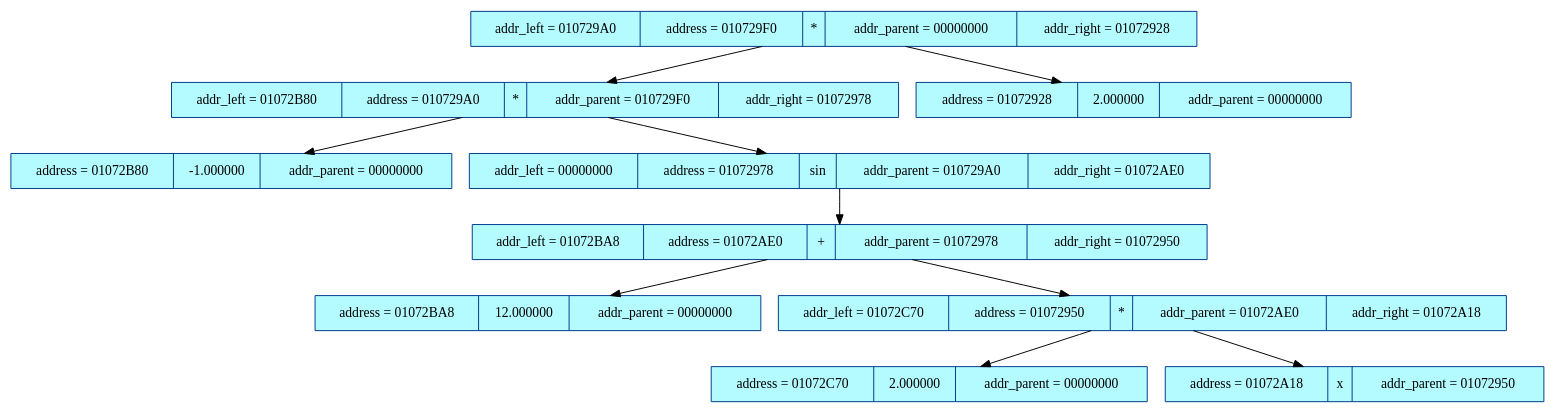
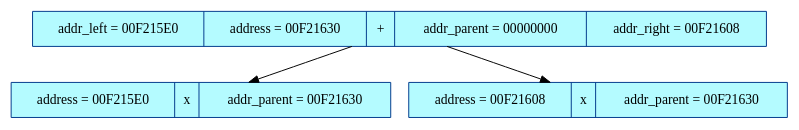
One commit to Dariazeml1007/Diff changed the diagram in dump.dot. Above: the diagram before and after it, drawn with Graphviz. The commit also changed 14 other files, not shown here.

```diff
--- a/dump.dot
+++ b/dump.dot
@@ -1,26 +1,12 @@
 digraph structs
 {
 	rankdir=HR;
 	node[color= "#003A8C",style="filled", fillcolor="#B4FBFF", fontsize=14];
 	edge[color="black", weight = 9,fontsize=14];
-	el_010729F0 [shape=record, label= "addr_left = 010729A0 | address = 010729F0|*| addr_parent = 00000000 | addr_right = 01072928"];
-	el_010729A0 [shape=record, label= "addr_left = 01072B80 | address = 010729A0|*| addr_parent = 010729F0 | addr_right = 01072978"];
-	el_01072B80 [shape=record, label= "address = 01072B80|-1.000000| addr_parent = 00000000"];
-	el_01072978 [shape=record, label= "addr_left = 00000000 | address = 01072978|sin| addr_parent = 010729A0 | addr_right = 01072AE0"];
-	el_01072AE0 [shape=record, label= "addr_left = 01072BA8 | address = 01072AE0|+| addr_parent = 01072978 | addr_right = 01072950"];
-	el_01072BA8 [shape=record, label= "address = 01072BA8|12.000000| addr_parent = 00000000"];
-	el_01072950 [shape=record, label= "addr_left = 01072C70 | address = 01072950|*| addr_parent = 01072AE0 | addr_right = 01072A18"];
-	el_01072C70 [shape=record, label= "address = 01072C70|2.000000| addr_parent = 00000000"];
-	el_01072A18 [shape=record, label= "address = 01072A18|x| addr_parent = 01072950"];
-	el_01072928 [shape=record, label= "address = 01072928|2.000000| addr_parent = 00000000"];
-	el_010729F0->el_010729A0;
-	el_010729A0->el_01072B80;
-	el_010729A0->el_01072978;
-	el_01072978->el_01072AE0;
-	el_01072AE0->el_01072BA8;
-	el_01072AE0->el_01072950;
-	el_01072950->el_01072C70;
-	el_01072950->el_01072A18;
-	el_010729F0->el_01072928;
+	el_00F21630 [shape=record, label= "addr_left = 00F215E0 | address = 00F21630|+| addr_parent = 00000000 | addr_right = 00F21608"];
+	el_00F215E0 [shape=record, label= "address = 00F215E0|x| addr_parent = 00F21630"];
+	el_00F21608 [shape=record, label= "address = 00F21608|x| addr_parent = 00F21630"];
+	el_00F21630->el_00F215E0;
+	el_00F21630->el_00F21608;
 
 }
```
